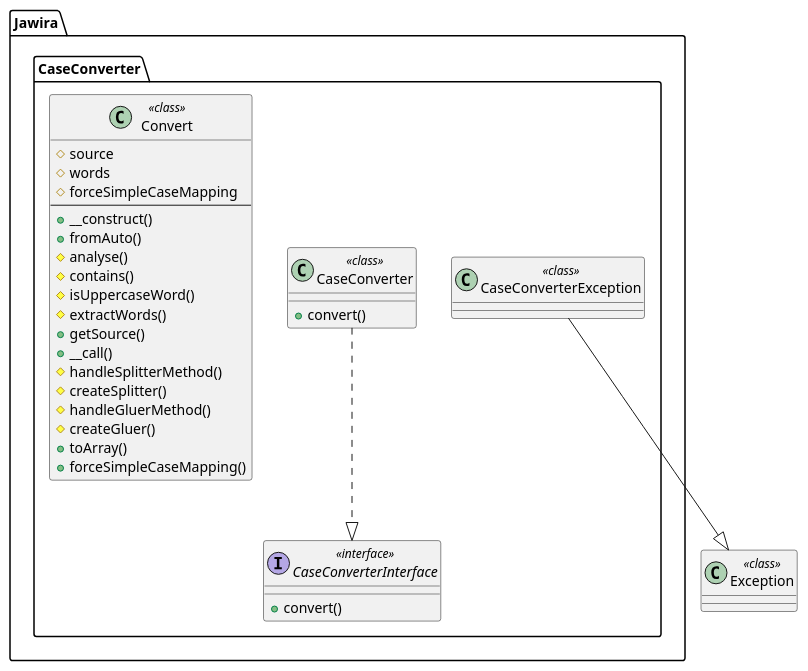
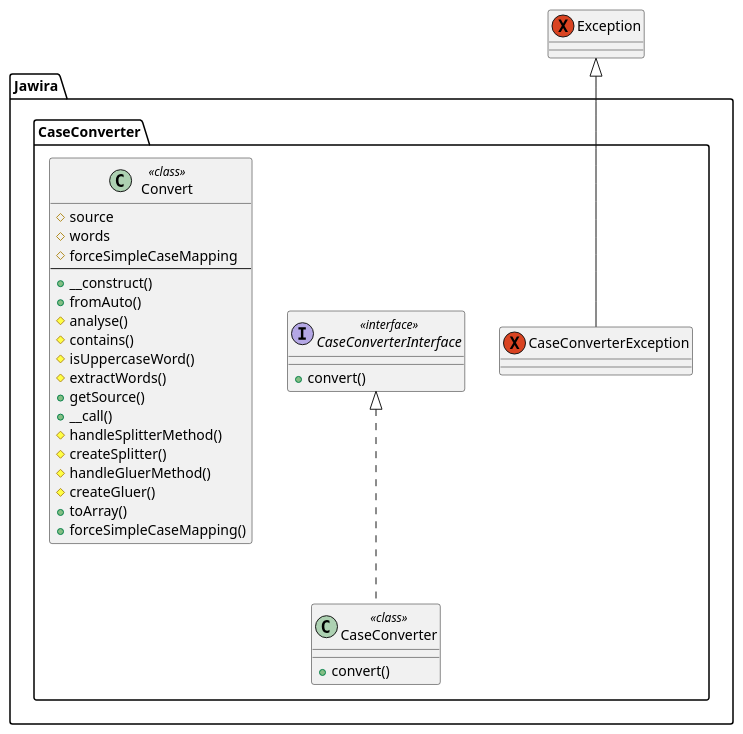
One commit to jawira/case-converter changed the diagram in docs/images/uml-case-converter.puml. Above: the diagram before and after it, drawn with PlantUML. The commit also changed 19 other files, not shown here.

```diff
--- a/docs/images/uml-case-converter.puml
+++ b/docs/images/uml-case-converter.puml
@@ -1,36 +1,36 @@
 @startuml
 namespace Jawira.CaseConverter  {
-	class CaseConverterException << class >> {
+	exception CaseConverterException {
 	}
 	interface CaseConverterInterface << interface >> {
 		+convert()
 	}
 	class CaseConverter << class >> {
 		+convert()
 	}
 	class Convert << class >> {
 		#source
 		#words
 		#forceSimpleCaseMapping
 		--
 		+__construct()
 		+fromAuto()
 		#analyse()
 		#contains()
 		#isUppercaseWord()
 		#extractWords()
 		+getSource()
 		+__call()
 		#handleSplitterMethod()
 		#createSplitter()
 		#handleGluerMethod()
 		#createGluer()
 		+toArray()
 		+forceSimpleCaseMapping()
 	}
 }
-	class Exception << class >> {
+	exception Exception {
 	}
-Jawira.CaseConverter.CaseConverterException --|> Exception
-Jawira.CaseConverter.CaseConverter ..|> Jawira.CaseConverter.CaseConverterInterface
+Exception <|-- Jawira.CaseConverter.CaseConverterException
+Jawira.CaseConverter.CaseConverterInterface <|.. Jawira.CaseConverter.CaseConverter
 @enduml
```
